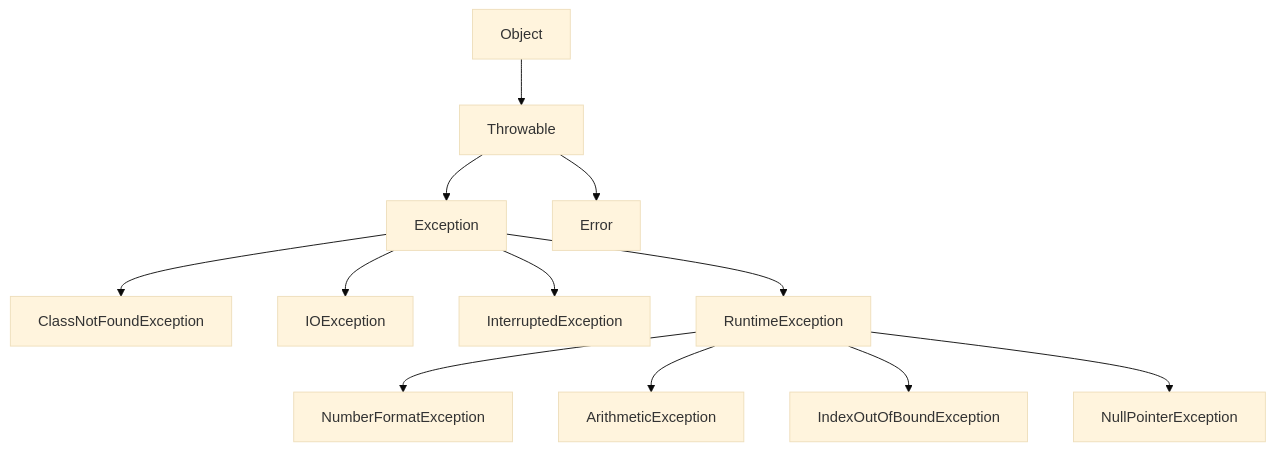
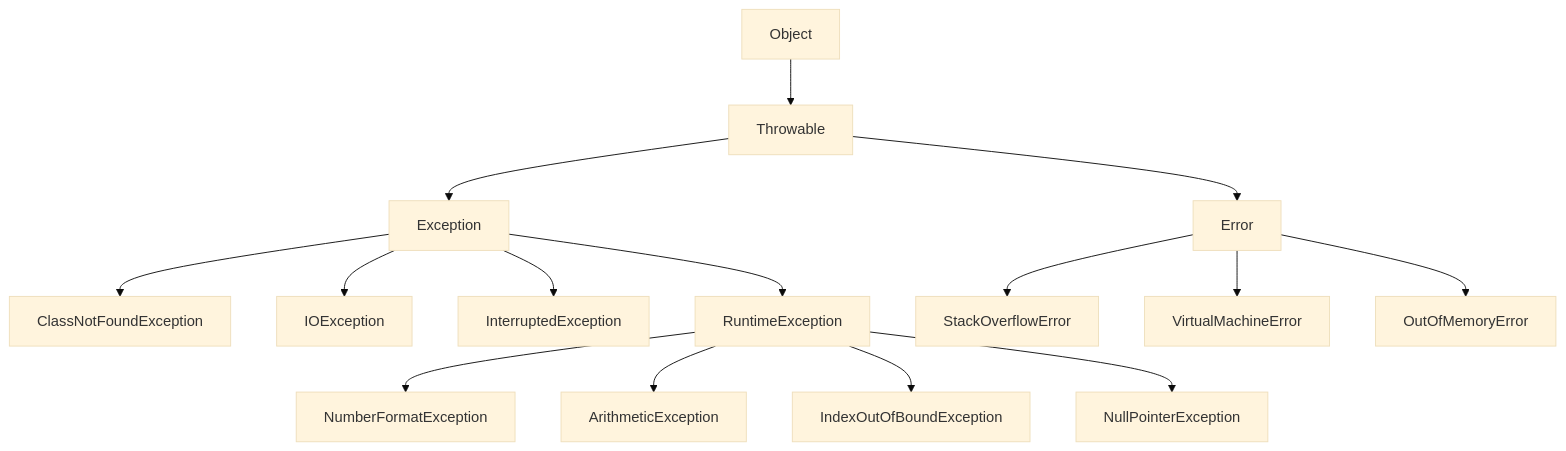
The diagram in java_notes.md (hadjShell/JavaLearningJourney), drawn with Mermaid (base theme) before and after one commit. The commit also changed other lines of this file and 1 other file, not shown here.

````diff
--- a/java_notes.md
+++ b/java_notes.md
@@ -579,14 +602,17 @@
   ```mermaid
   graph TD
   A[Object] --> B[Throwable]
   B --> C[Exception]
   B --> D[Error]
   C --> E[ClassNotFoundException]
   C --> F[IOException]
   C --> G[InterruptedException]
   R --> H[NumberFormatException]
   C --> R[RuntimeException]
   R --> I[ArithmeticException]
   R --> J[IndexOutOfBoundException]
   R --> K[NullPointerException]
+  D --> L[StackOverflowError]
+  D --> M[VirtualMachineError]
+  D --> N[OutOfMemoryError]
   ```
````
